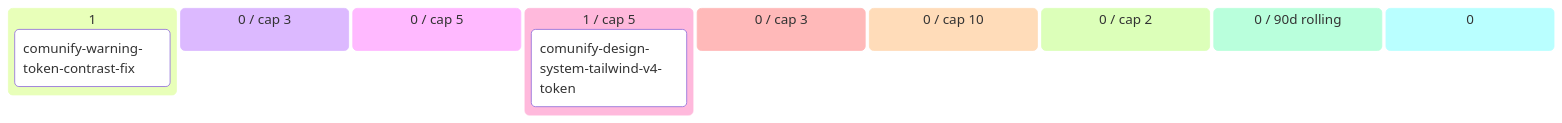
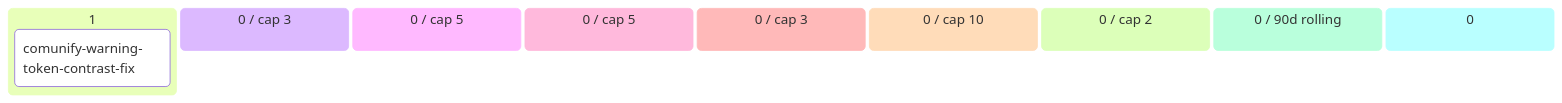
Before and after one commit to alpaca-purpura/luana-platform: the diagram in comunify/docs/product/BACKLOG.md, drawn with Mermaid. The commit also changed other lines of this file and 18 other files, not shown here.

````diff
--- a/comunify/docs/product/BACKLOG.md
+++ b/comunify/docs/product/BACKLOG.md
@@ -39,14 +39,13 @@
 ```mermaid
 kanban
   💡 Ideas (1)
     comunify-warning-token-contras[comunify-warning-token-contrast-fix]
   🔬 Refining (0 / cap 3)
   ✅ Refined (0 / cap 5)
-  📦 Ready (1 / cap 5)
-    comunify-design-system-tailwin[comunify-design-system-tailwind-v4-token]
+  📦 Ready (0 / cap 5)
   🔨 Developing (0 / cap 3)
   🧪 Developed (0 / cap 10)
   🔍 Reviewing (0 / cap 2)
   ✅ Done (0 / 90d rolling)
   🅿 Parked (0)
 ```
````
